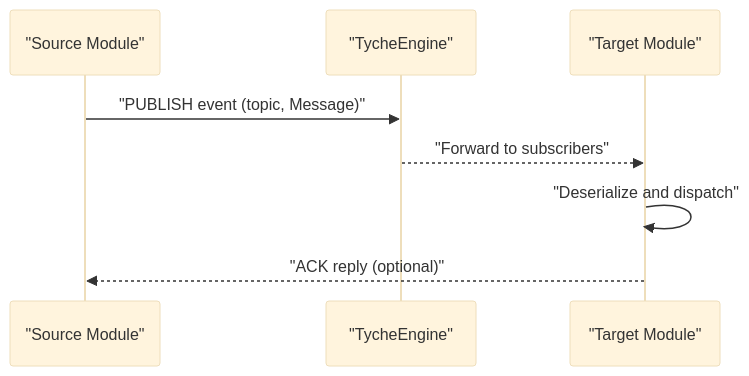
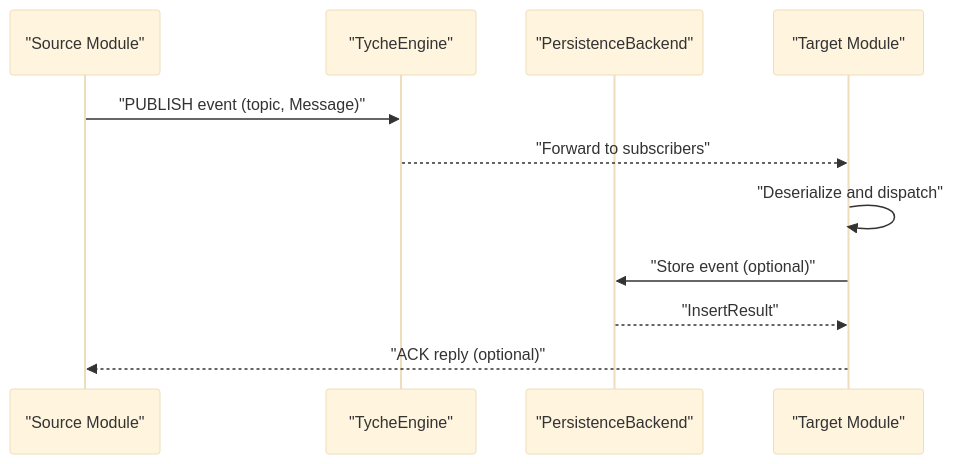
Before and after one commit to zt281/TycheEngine: the ninth of 15 diagrams in .qoder/repowiki/en/content/Message System.md, drawn with Mermaid (base theme). The commit also changed other lines of this file and 11 other files, not shown here.

````diff
--- a/.qoder/repowiki/en/content/Message System.md
+++ b/.qoder/repowiki/en/content/Message System.md
@@ -345,10 +416,13 @@
 ```mermaid
 sequenceDiagram
 participant Src as "Source Module"
 participant Eng as "TycheEngine"
+participant Pers as "PersistenceBackend"
 participant Tgt as "Target Module"
 Src->>Eng : "PUBLISH event (topic, Message)"
 Eng-->>Tgt : "Forward to subscribers"
 Tgt->>Tgt : "Deserialize and dispatch"
+Tgt->>Pers : "Store event (optional)"
+Pers-->>Tgt : "InsertResult"
 Tgt-->>Src : "ACK reply (optional)"
 ```
````
